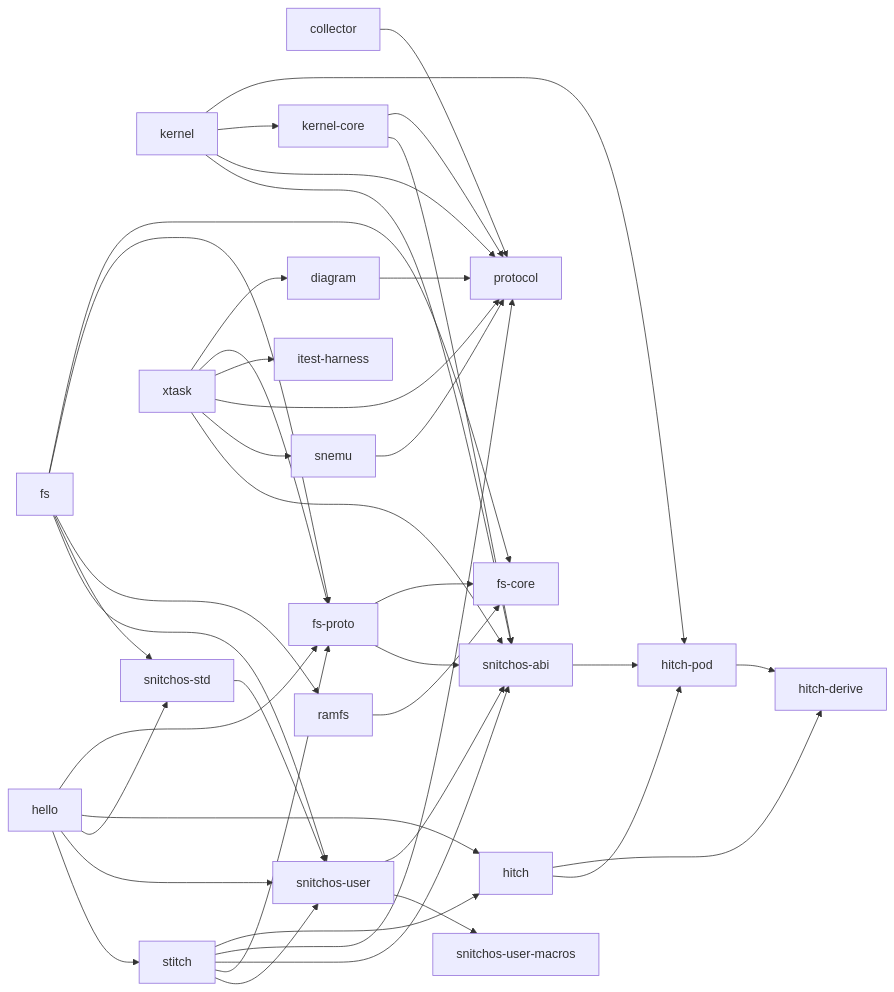
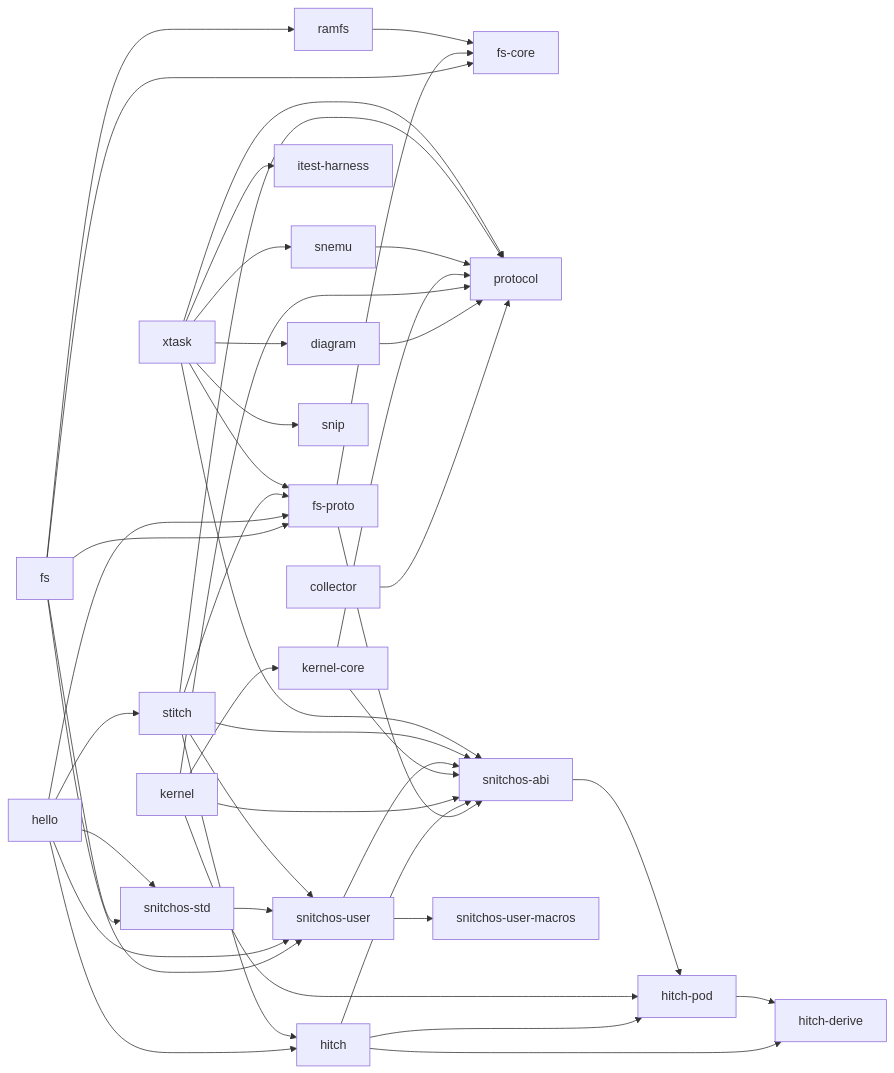
Before and after one commit to chloebrett/snitchos: the diagram in docs/generated/deps.md, drawn with Mermaid. The commit also changed 10 other files, not shown here.

Commit message:
ItestMatrix diagram; scenarios-as-data.

````diff
--- a/docs/generated/deps.md
+++ b/docs/generated/deps.md
@@ -5,64 +5,67 @@
 ```mermaid
 graph LR
     collector["collector"]
     diagram["diagram"]
     fs["fs"]
     fs_core["fs-core"]
     fs_proto["fs-proto"]
     hello["hello"]
     hitch["hitch"]
     hitch_derive["hitch-derive"]
     hitch_pod["hitch-pod"]
     itest_harness["itest-harness"]
     kernel["kernel"]
     kernel_core["kernel-core"]
     protocol["protocol"]
     ramfs["ramfs"]
     snemu["snemu"]
+    snip["snip"]
     snitchos_abi["snitchos-abi"]
     snitchos_std["snitchos-std"]
     snitchos_user["snitchos-user"]
     snitchos_user_macros["snitchos-user-macros"]
     stitch["stitch"]
     xtask["xtask"]
     collector --> protocol
     diagram --> protocol
     fs --> fs_core
     fs --> fs_proto
     fs --> ramfs
     fs --> snitchos_std
     fs --> snitchos_user
     fs_proto --> fs_core
     fs_proto --> snitchos_abi
     hello --> fs_proto
     hello --> hitch
     hello --> snitchos_std
     hello --> snitchos_user
     hello --> stitch
     hitch --> hitch_derive
     hitch --> hitch_pod
+    hitch --> snitchos_abi
     hitch_pod --> hitch_derive
     kernel --> hitch_pod
     kernel --> kernel_core
     kernel --> protocol
     kernel --> snitchos_abi
     kernel_core --> protocol
     kernel_core --> snitchos_abi
     ramfs --> fs_core
     snemu --> protocol
     snitchos_abi --> hitch_pod
     snitchos_std --> snitchos_user
     snitchos_user --> snitchos_abi
     snitchos_user --> snitchos_user_macros
     stitch --> hitch
     stitch --> protocol
     stitch --> snitchos_abi
     stitch --> fs_proto
     stitch --> snitchos_user
     xtask --> diagram
     xtask --> fs_proto
     xtask --> itest_harness
     xtask --> protocol
     xtask --> snemu
+    xtask --> snip
     xtask --> snitchos_abi
 ```
````
